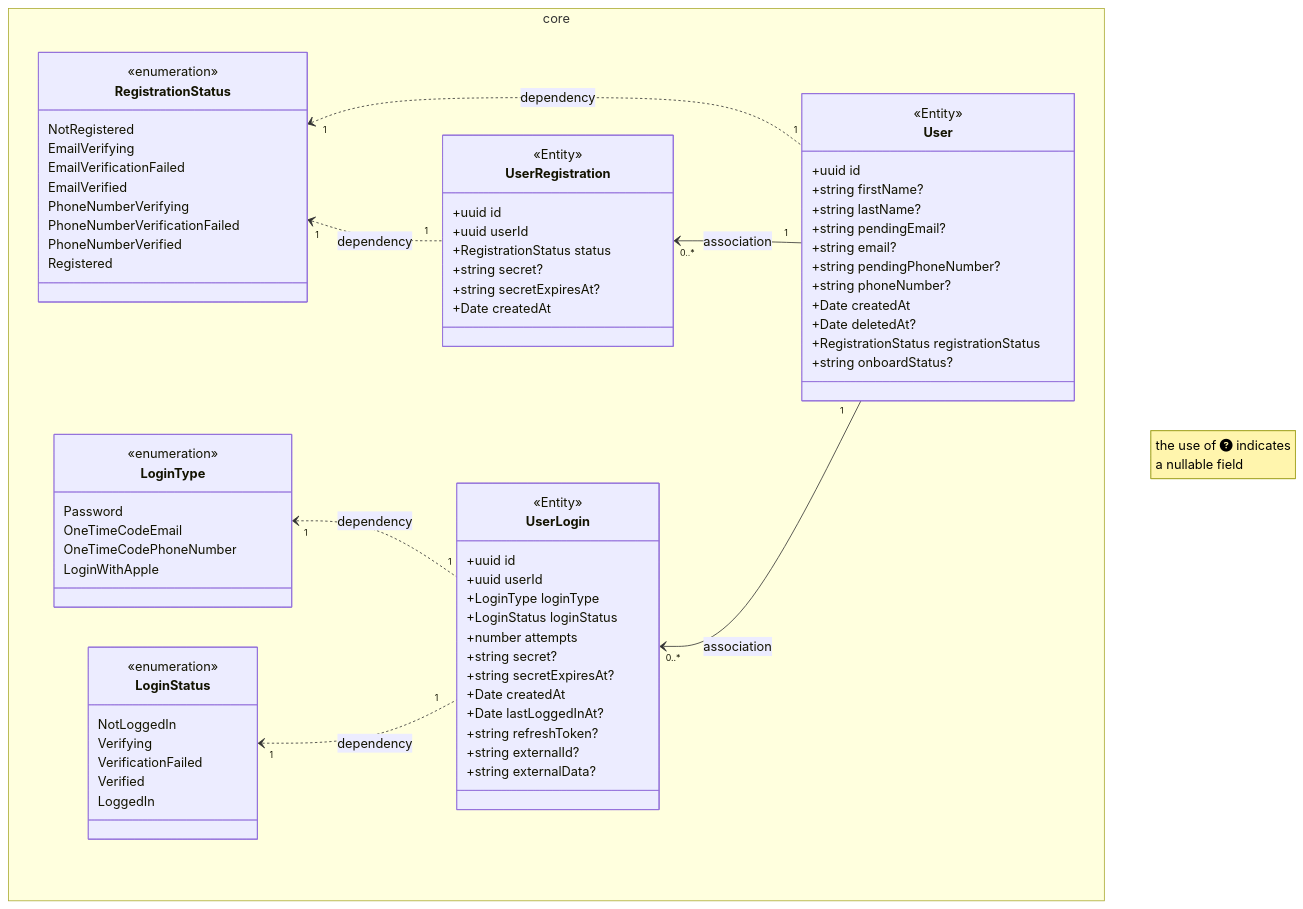
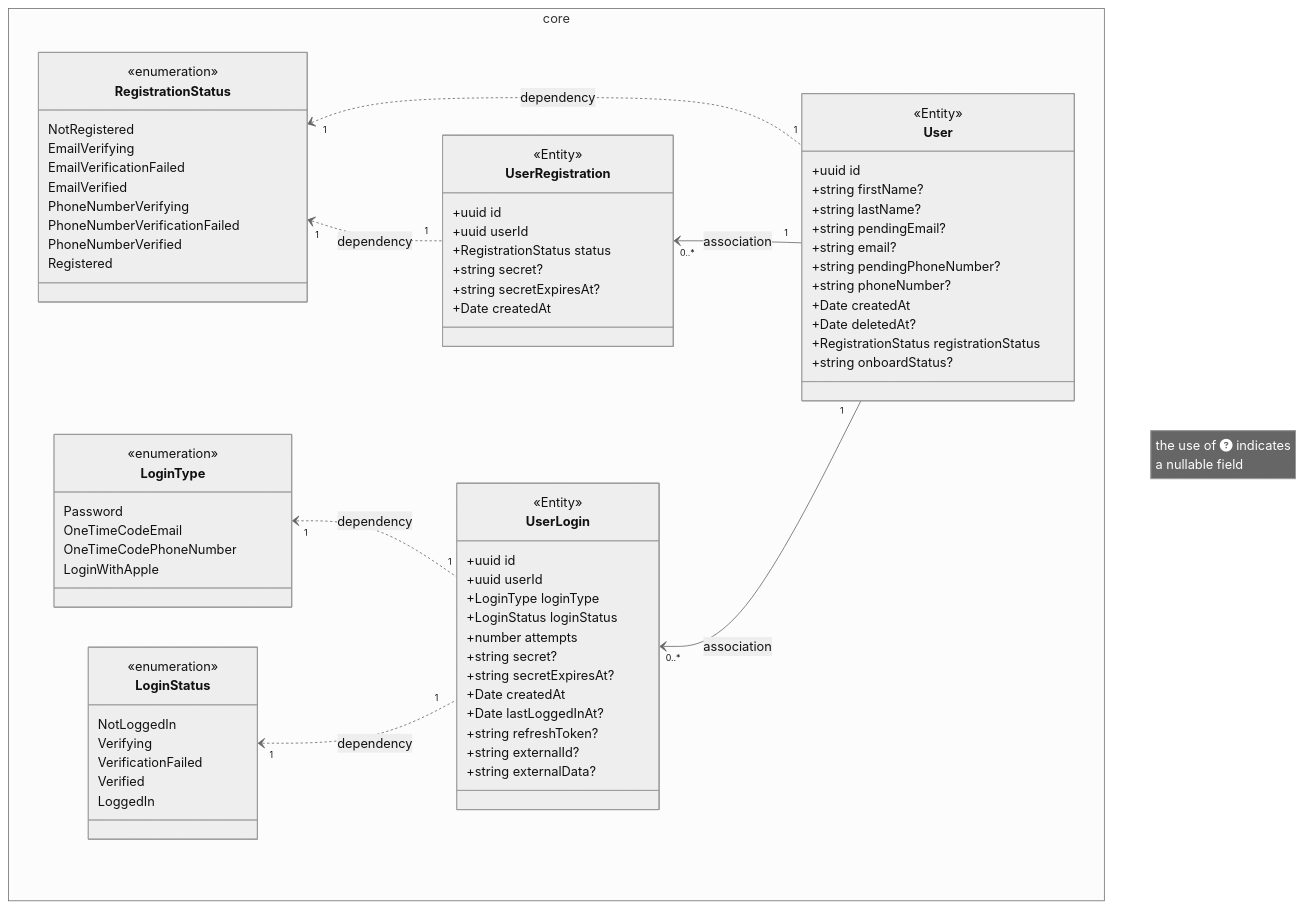
Before and after one commit to jangot/archipelago-rules: the diagram in docs/user-domain.md, drawn with Mermaid. The commit also changed 1 other file, not shown here.

Commit message:
Updated some diagrams

```diff
--- a/docs/user-domain.md
+++ b/docs/user-domain.md
@@ -4,9 +4,9 @@
 ---
 config:
   title: User Domain
+  theme: neutral
   class:
     hideEmptyMembersBox: true
-    theme: base
 ---
 classDiagram
 namespace core {
```
